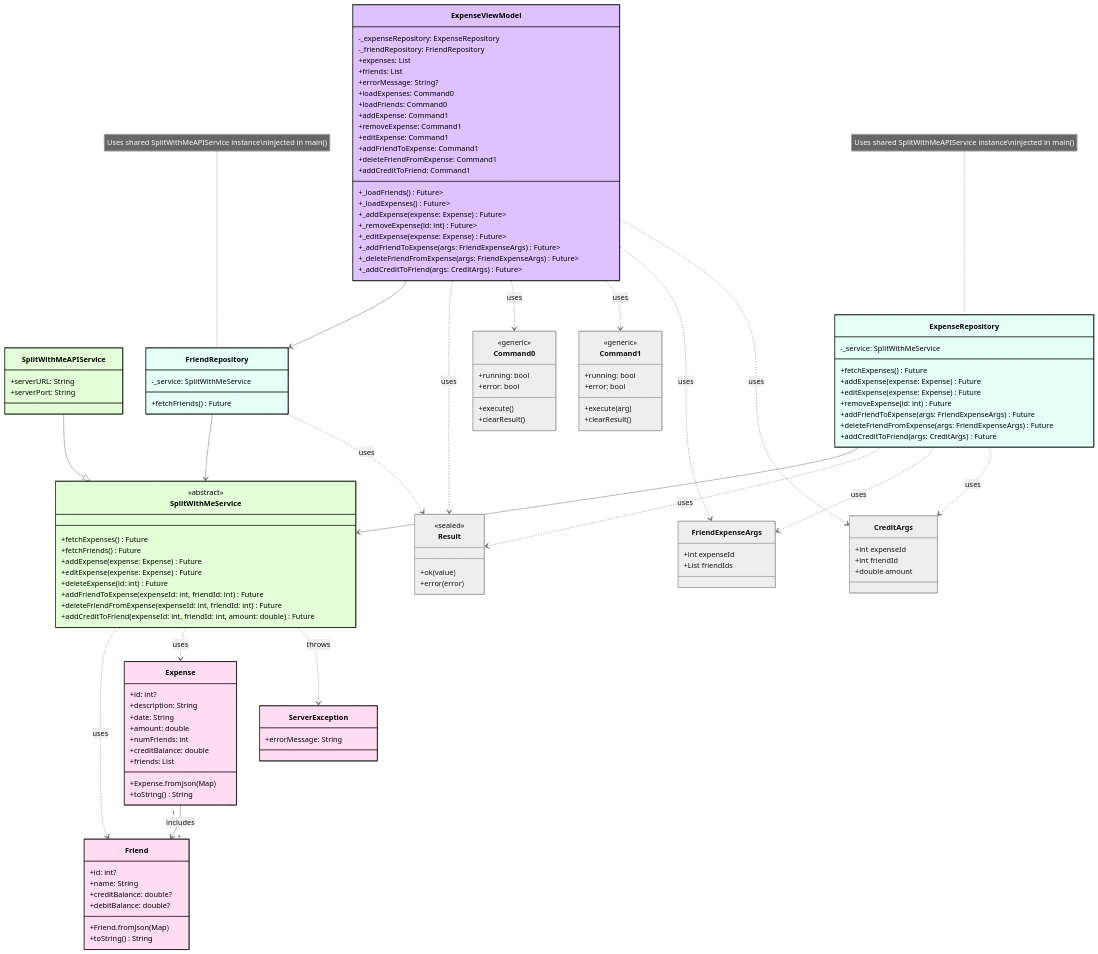
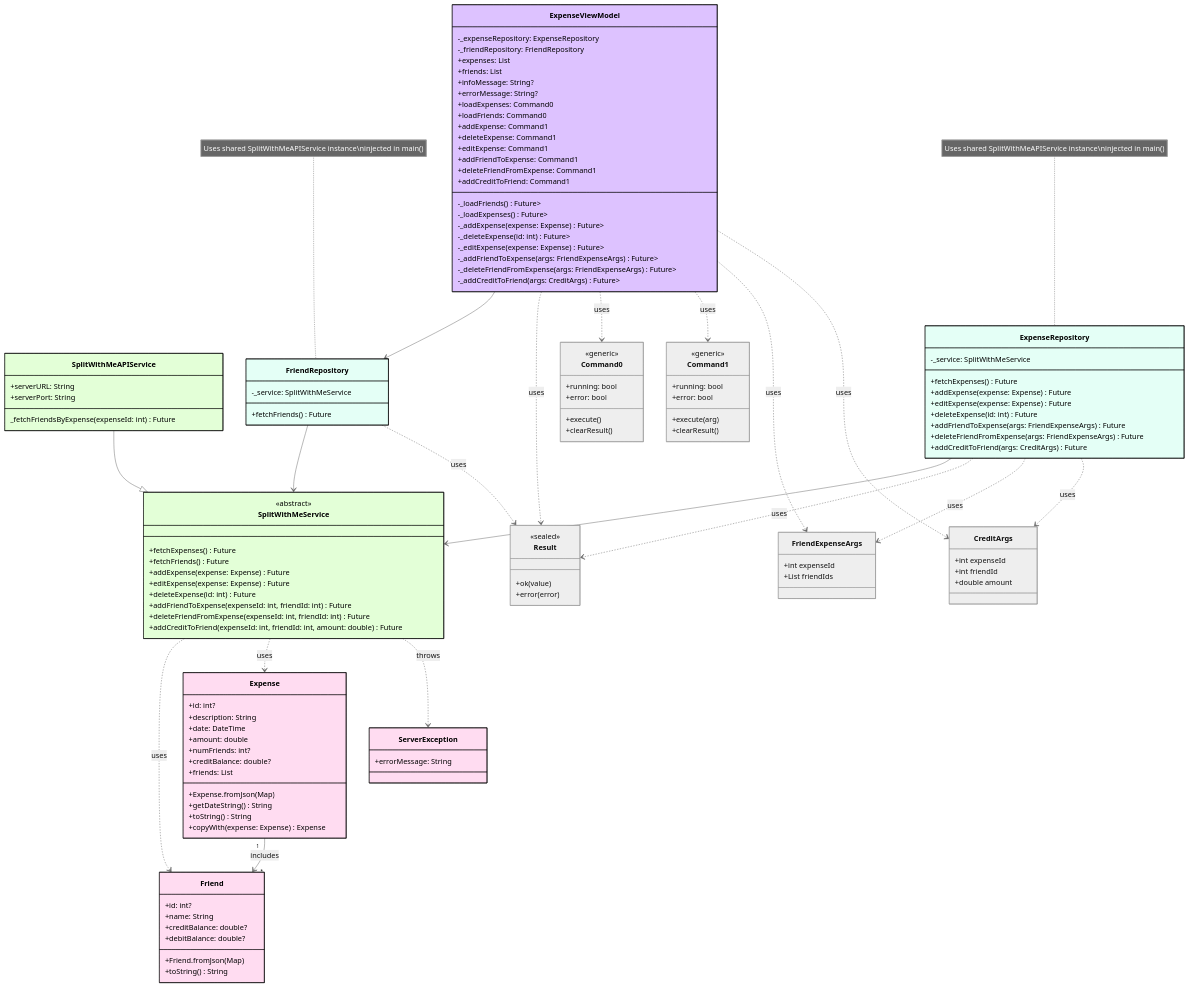
The fourth of 5 diagrams in docs/diseño_sw.md (alexborrazasm/ipm), drawn with Mermaid (neutral theme) before and after one commit. The commit also changed other lines of this file and 12 other files, not shown here.

```diff
--- a/docs/diseño_sw.md
+++ b/docs/diseño_sw.md
@@ -282,27 +282,28 @@
   -_expenseRepository: ExpenseRepository
   -_friendRepository: FriendRepository
 
-  +expenses: List<Friend>
+  +expenses: List<Expense>
   +friends: List<Friend>
+  +infoMessage: String?
   +errorMessage: String?
 
   +loadExpenses: Command0
   +loadFriends: Command0
   +addExpense: Command1<void, Expense>
-  +removeExpense: Command1<void, int>
+  +deleteExpense: Command1<void, Expense>
   +editExpense: Command1<void, Expense>
   +addFriendToExpense: Command1<void, FriendExpenseArgs>
   +deleteFriendFromExpense: Command1<void, FriendExpenseArgs>
   +addCreditToFriend: Command1<void, CreditArgs>
 
-  +_loadFriends() Future<Result<void>>
-  +_loadExpenses() Future<Result<void>>
-  +_addExpense(expense: Expense) Future<Result<void>>
-  +_removeExpense(id: int) Future<Result<void>>
-  +_editExpense(expense: Expense) Future<Result<void>>
-  +_addFriendToExpense(args: FriendExpenseArgs) Future<Result<void>>
-  +_deleteFriendFromExpense(args: FriendExpenseArgs) Future<Result<void>>
-  +_addCreditToFriend(args: CreditArgs) Future<Result<void>>
+  -_loadFriends() Future<Result<void>>
+  -_loadExpenses() Future<Result<void>>
+  -_addExpense(expense: Expense) Future<Result<void>>
+  -_deleteExpense(id: int) Future<Result<void>>
+  -_editExpense(expense: Expense) Future<Result<void>>
+  -_addFriendToExpense(args: FriendExpenseArgs) Future<Result<void>>
+  -_deleteFriendFromExpense(args: FriendExpenseArgs) Future<Result<void>>
+  -_addCreditToFriend(args: CreditArgs) Future<Result<void>>
 }
 
 %%=========================
@@ -323,6 +324,8 @@
 class SplitWithMeAPIService:::group2 {
   +serverURL: String
   +serverPort: String
+
+  _fetchFriendsByExpense(expenseId: int) Future
 }
 
 %%=========================
@@ -349,7 +352,7 @@
   +fetchExpenses() Future
   +addExpense(expense: Expense) Future
   +editExpense(expense: Expense) Future
-  +removeExpense(id: int) Future
+  +deleteExpense(id: int) Future
   +addFriendToExpense(args: FriendExpenseArgs) Future
   +deleteFriendFromExpense(args: FriendExpenseArgs) Future
   +addCreditToFriend(args: CreditArgs) Future
@@ -371,13 +374,15 @@
 class Expense:::group5 {
   +id: int?
   +description: String
-  +date: String
+  +date: DateTime
   +amount: double
-  +numFriends: int
-  +creditBalance: double
+  +numFriends: int?
+  +creditBalance: double?
   +friends: List<Friend>
   +Expense.fromJson(Map)
+  +getDateString() String
   +toString() String
+  +copyWith(expense: Expense) Expense
 }
 
 class ServerException:::group5 {
```
